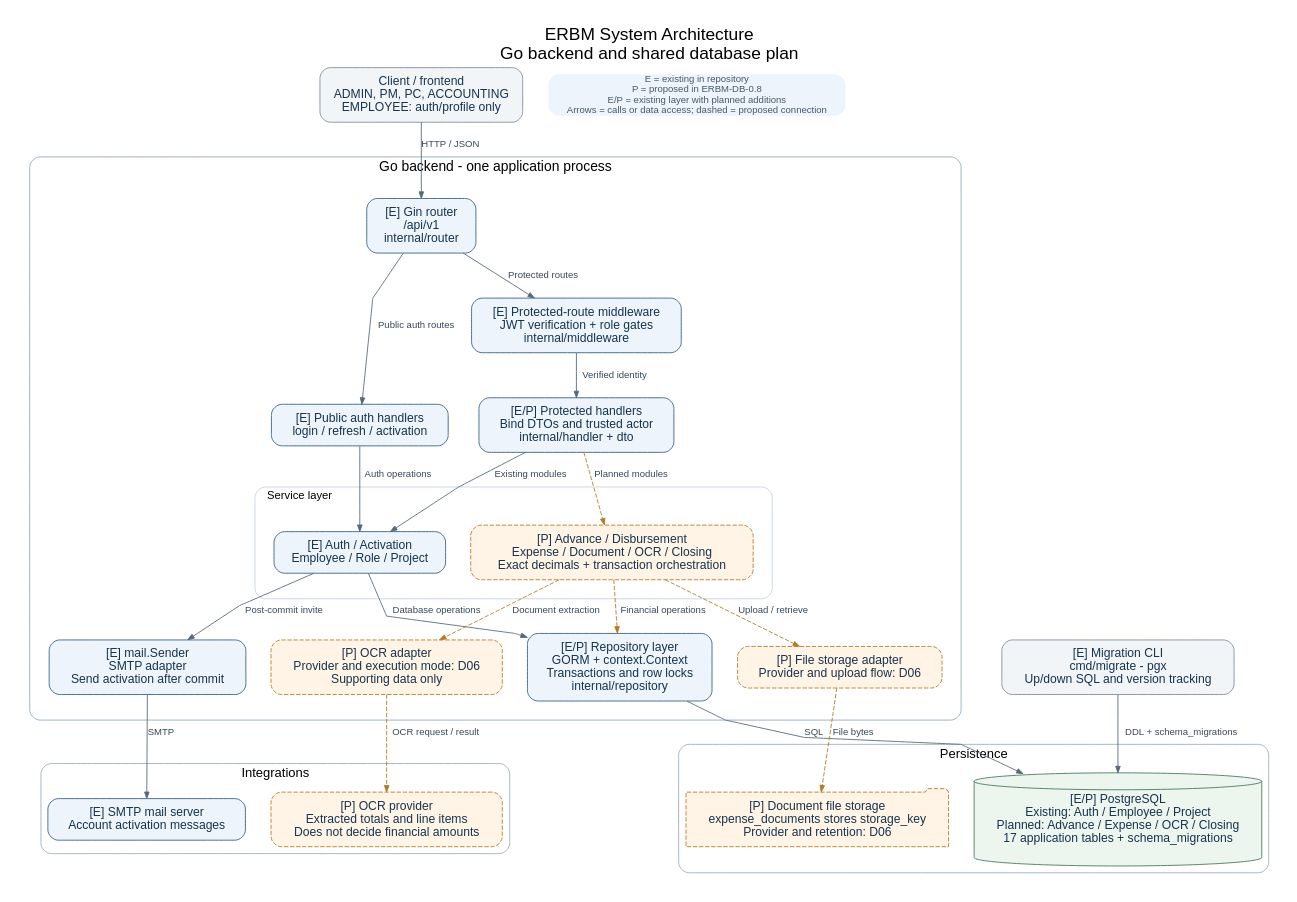
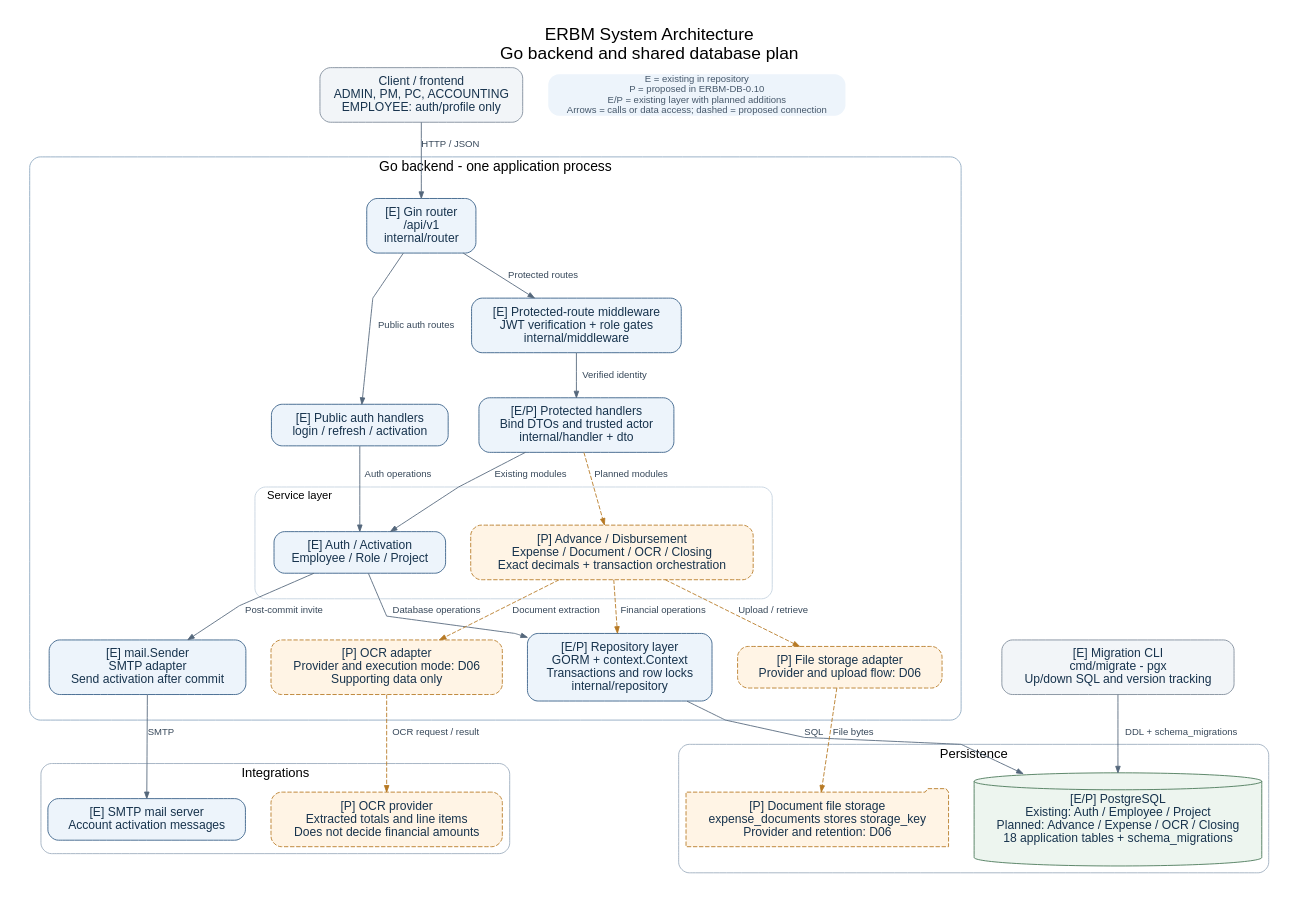
The diagram in docs/migration-plans/diagrams/erbm-system-architecture.dot (ERBM-Capstone/ERBM-backend), drawn with Graphviz before and after one commit. The commit also changed 22 other files, not shown here.

```diff
--- a/docs/migration-plans/diagrams/erbm-system-architecture.dot
+++ b/docs/migration-plans/diagrams/erbm-system-architecture.dot
@@ -1,96 +1,96 @@
 digraph erbmArchitecture {
   graph [
     rankdir=TB,
     bgcolor="#ffffff",
     pad="0.25",
     nodesep="0.40",
     ranksep="0.55",
     splines=polyline,
     fontname="Helvetica",
     fontsize=20,
     labelloc=t,
     label="ERBM System Architecture\nGo backend and shared database plan"
   ];
   node [shape=box, style="rounded,filled", fontname="Helvetica", fontsize=14,
     color="#355d86", fillcolor="#edf4fb", fontcolor="#17334d", margin="0.18,0.12"];
   edge [fontname="Helvetica", fontsize=11, color="#54677b", fontcolor="#37485a", arrowsize=0.75];
 
   webClient [label="Client / frontend\nADMIN, PM, PC, ACCOUNTING\nEMPLOYEE: auth/profile only", fillcolor="#f2f5f8", color="#7e8b99"];
 
   subgraph clusterBackend {
     label="Go backend - one application process";
     labelloc=t;
     fontsize=16;
     color="#8da7c0";
     style=rounded;
     margin=22;
 
     router [label="[E] Gin router\n/api/v1\ninternal/router"];
     publicAuth [label="[E] Public auth handlers\nlogin / refresh / activation"];
     authMiddleware [label="[E] Protected-route middleware\nJWT verification + role gates\ninternal/middleware"];
     protectedHandlers [label="[E/P] Protected handlers\nBind DTOs and trusted actor\ninternal/handler + dto"];
 
     subgraph clusterServices {
       label="Service layer";
       labeljust=l;
       fontsize=13;
       color="#c4d2df";
       style=rounded;
       existingServices [label="[E] Auth / Activation\nEmployee / Role / Project"];
       financialServices [label="[P] Advance / Disbursement\nExpense / Document / OCR / Closing\nExact decimals + transaction orchestration",
         fillcolor="#fff4e5", color="#b77923", style="rounded,filled,dashed"];
     }
 
     repositories [label="[E/P] Repository layer\nGORM + context.Context\nTransactions and row locks\ninternal/repository"];
     mailAdapter [label="[E] mail.Sender\nSMTP adapter\nSend activation after commit"];
     documentAdapter [label="[P] File storage adapter\nProvider and upload flow: D06",
       fillcolor="#fff4e5", color="#b77923", style="rounded,filled,dashed"];
     ocrAdapter [label="[P] OCR adapter\nProvider and execution mode: D06\nSupporting data only",
       fillcolor="#fff4e5", color="#b77923", style="rounded,filled,dashed"];
   }
 
   subgraph clusterData {
     label="Persistence";
     fontsize=15;
     color="#9cacbd";
     style=rounded;
-    postgres [shape=cylinder, label="[E/P] PostgreSQL\nExisting: Auth / Employee / Project\nPlanned: Advance / Expense / OCR / Closing\n17 application tables + schema_migrations",
+    postgres [shape=cylinder, label="[E/P] PostgreSQL\nExisting: Auth / Employee / Project\nPlanned: Advance / Expense / OCR / Closing\n18 application tables + schema_migrations",
       fillcolor="#edf5ef", color="#477756"];
     files [shape=folder, label="[P] Document file storage\nexpense_documents stores storage_key\nProvider and retention: D06",
       fillcolor="#fff4e5", color="#b77923", style="filled,dashed"];
   }
 
   subgraph clusterExternal {
     label="Integrations";
     fontsize=15;
     color="#9cacbd";
     style=rounded;
     smtp [label="[E] SMTP mail server\nAccount activation messages"];
     ocrProvider [label="[P] OCR provider\nExtracted totals and line items\nDoes not decide financial amounts",
       fillcolor="#fff4e5", color="#b77923", style="rounded,filled,dashed"];
   }
 
   migrateRunner [label="[E] Migration CLI\ncmd/migrate - pgx\nUp/down SQL and version tracking", fillcolor="#f2f5f8", color="#7e8b99"];
-  legend [shape=plain, label="E = existing in repository\nP = proposed in ERBM-DB-0.8\nE/P = existing layer with planned additions\nArrows = calls or data access; dashed = proposed connection",
+  legend [shape=plain, label="E = existing in repository\nP = proposed in ERBM-DB-0.10\nE/P = existing layer with planned additions\nArrows = calls or data access; dashed = proposed connection",
     fontcolor="#46586b", fontsize=11];
 
   webClient -> router [label="HTTP / JSON"];
   router -> publicAuth [label="Public auth routes"];
   router -> authMiddleware [label="Protected routes"];
   authMiddleware -> protectedHandlers [label="Verified identity"];
   publicAuth -> existingServices [label="Auth operations"];
   protectedHandlers -> existingServices [label="Existing modules"];
   protectedHandlers -> financialServices [label="Planned modules", style=dashed, color="#b77923"];
   existingServices -> repositories [label="Database operations"];
   financialServices -> repositories [label="Financial operations", style=dashed, color="#b77923"];
   repositories -> postgres [label="SQL"];
   existingServices -> mailAdapter [label="Post-commit invite"];
   mailAdapter -> smtp [label="SMTP"];
   financialServices -> documentAdapter [label="Upload / retrieve", style=dashed, color="#b77923"];
   documentAdapter -> files [label="File bytes", style=dashed, color="#b77923"];
   financialServices -> ocrAdapter [label="Document extraction", style=dashed, color="#b77923"];
   ocrAdapter -> ocrProvider [label="OCR request / result", style=dashed, color="#b77923"];
   migrateRunner -> postgres [label="DDL + schema_migrations"];
 
   { rank=same; webClient; legend; }
 }
```
